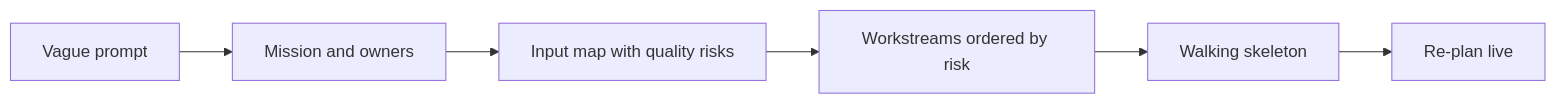
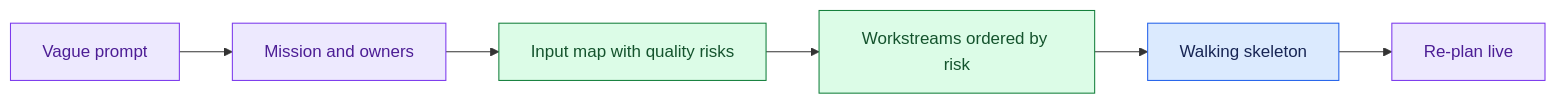
Before and after one commit to Sourav692/Forward-Deployed-Engineer-Interview-Prep: the diagram in site/case-pages/decomposition-classics-67-68-69/introduction.md, drawn with Mermaid. The commit also changed other lines of this file and 1268 other files, not shown here.

First line of the commit message:
content: polish Casebook writing and Mermaid diagrams (#251)

````diff
--- a/site/case-pages/decomposition-classics-67-68-69/introduction.md
+++ b/site/case-pages/decomposition-classics-67-68-69/introduction.md
@@ -15,8 +17,16 @@
 ```mermaid
 flowchart LR
   A[Vague prompt] --> B[Mission and owners]
   B --> C[Input map with quality risks]
   C --> D[Workstreams ordered by risk]
   D --> E[Walking skeleton]
   E --> F[Re-plan live]
+
+    %% Casebook colours: entry, reasoning, results, controls, and stopped paths.
+    classDef cbReason fill:#ede9fe,stroke:#7c3aed,color:#4c1d95
+    class A,B,F cbReason
+    classDef cbAction fill:#dcfce7,stroke:#15803d,color:#14532d
+    class C,D cbAction
+    classDef cbInput fill:#dbeafe,stroke:#2563eb,color:#172554
+    class E cbInput
 ```
````
